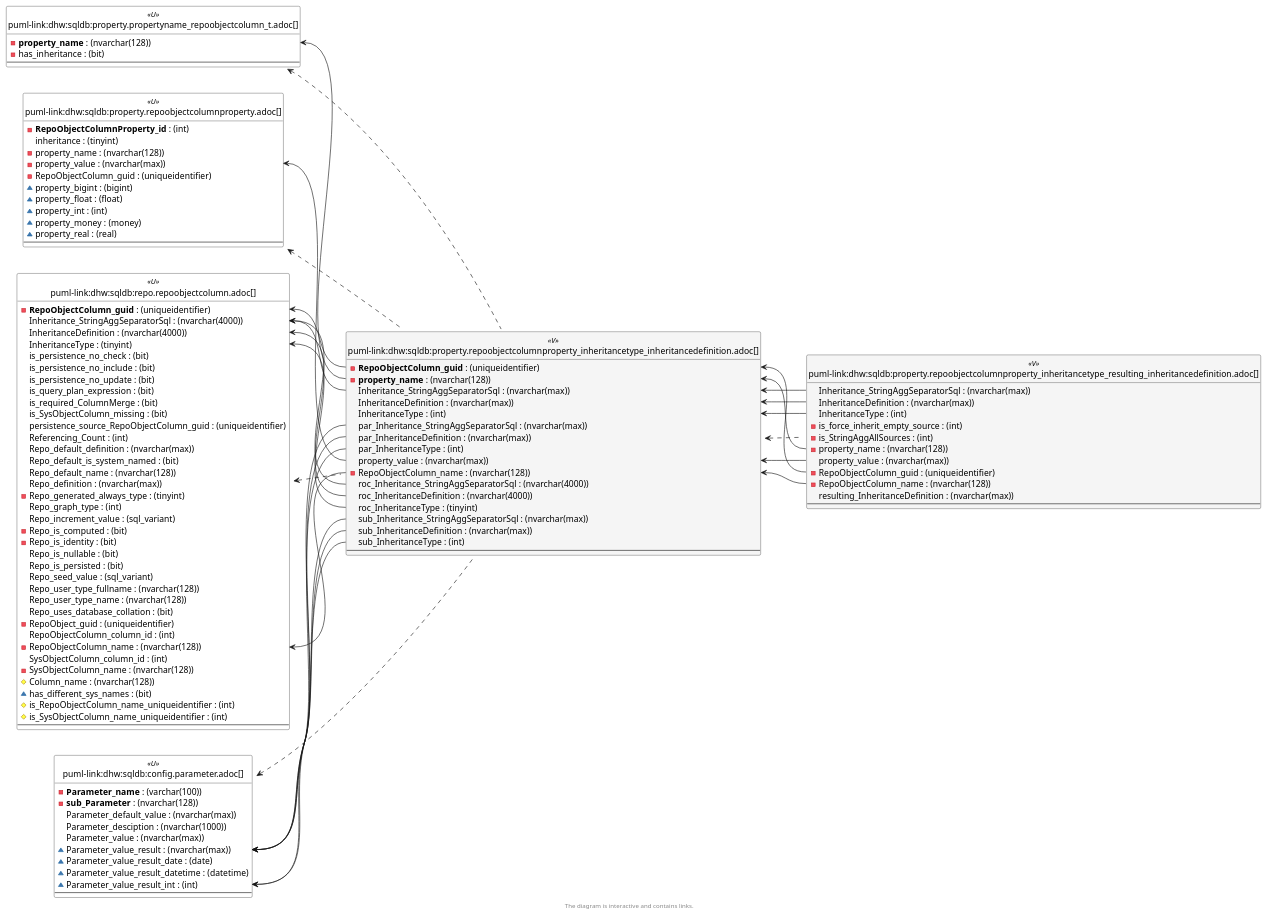
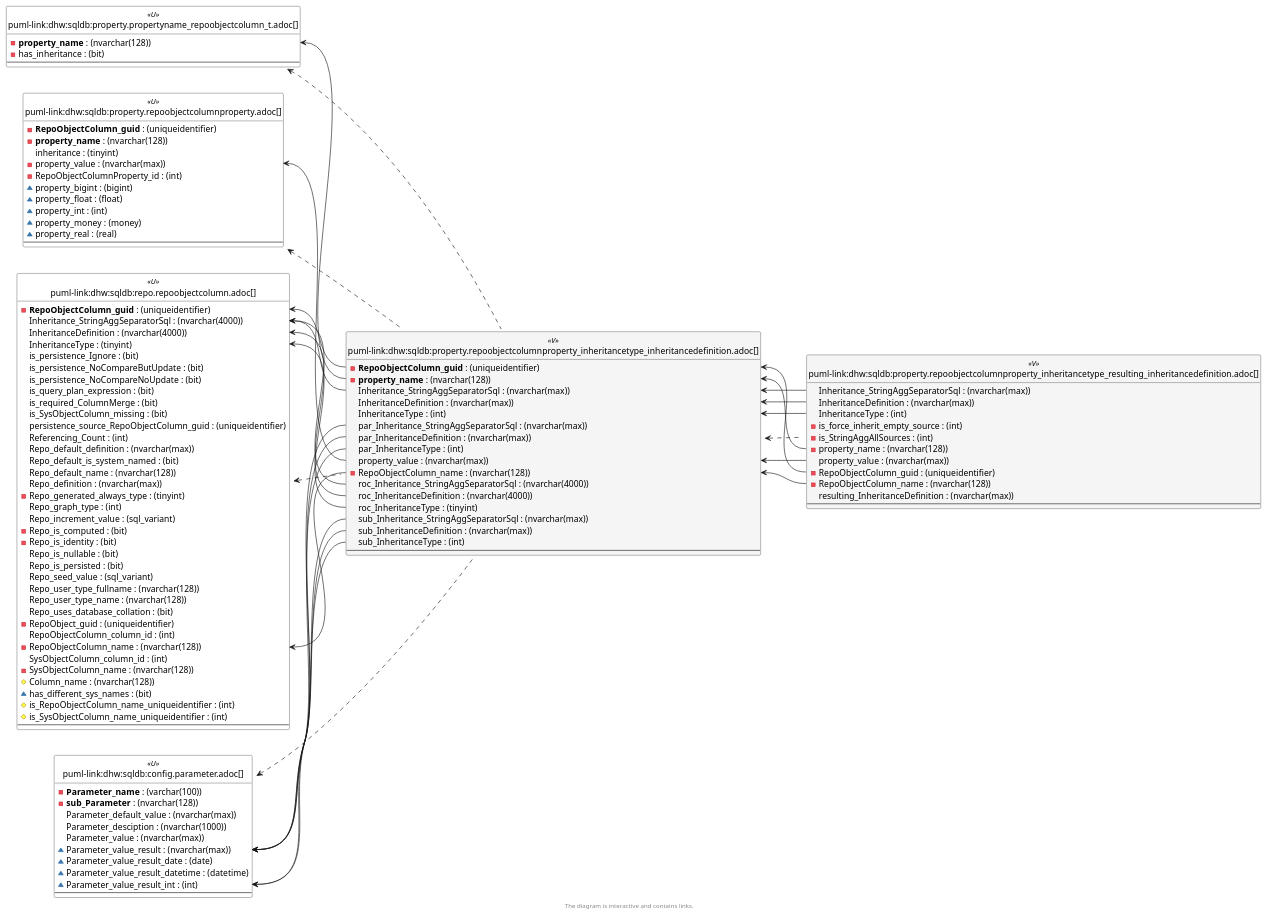
Before and after one commit to DataHandwerk/dhw-antora-sqldb: the sixth of 6 diagrams in docs/modules/sqldb/partials/content/property.repoobjectcolumnproperty_inheritancetype_inheritancedefinition.adoc, drawn with PlantUML. The commit also changed other lines of this file and 751 other files, not shown here.

```diff
--- a/docs/modules/sqldb/partials/content/property.repoobjectcolumnproperty_inheritancetype_inheritancedefinition.adoc
+++ b/docs/modules/sqldb/partials/content/property.repoobjectcolumnproperty_inheritancetype_inheritancedefinition.adoc
@@ -1724,11 +1727,11 @@
 }
 
 entity "puml-link:dhw:sqldb:property.repoobjectcolumnproperty.adoc[]" as property.RepoObjectColumnProperty << U >> {
-  - **RepoObjectColumnProperty_id** : (int)
+  - **RepoObjectColumn_guid** : (uniqueidentifier)
+  - **property_name** : (nvarchar(128))
   inheritance : (tinyint)
-  - property_name : (nvarchar(128))
   - property_value : (nvarchar(max))
-  - RepoObjectColumn_guid : (uniqueidentifier)
+  - RepoObjectColumnProperty_id : (int)
   ~ property_bigint : (bigint)
   ~ property_float : (float)
   ~ property_int : (int)
@@ -1776,9 +1779,9 @@
   Inheritance_StringAggSeparatorSql : (nvarchar(4000))
   InheritanceDefinition : (nvarchar(4000))
   InheritanceType : (tinyint)
-  is_persistence_no_check : (bit)
-  is_persistence_no_include : (bit)
-  is_persistence_no_update : (bit)
+  is_persistence_Ignore : (bit)
+  is_persistence_NoCompareButUpdate : (bit)
+  is_persistence_NoCompareNoUpdate : (bit)
   is_query_plan_expression : (bit)
   is_required_ColumnMerge : (bit)
   is_SysObjectColumn_missing : (bit)
@@ -1816,12 +1819,12 @@
 property.RepoObjectColumnProperty <.. property.RepoObjectColumnProperty_InheritanceType_InheritanceDefinition
 property.RepoObjectColumnProperty_InheritanceType_InheritanceDefinition <.. property.RepoObjectColumnProperty_InheritanceType_resulting_InheritanceDefinition
 repo.RepoObjectColumn <.. property.RepoObjectColumnProperty_InheritanceType_InheritanceDefinition
+"config.Parameter::Parameter_value_result" <-- "property.RepoObjectColumnProperty_InheritanceType_InheritanceDefinition::par_Inheritance_StringAggSeparatorSql"
 "config.Parameter::Parameter_value_result" <-- "property.RepoObjectColumnProperty_InheritanceType_InheritanceDefinition::sub_Inheritance_StringAggSeparatorSql"
-"config.Parameter::Parameter_value_result" <-- "property.RepoObjectColumnProperty_InheritanceType_InheritanceDefinition::par_Inheritance_StringAggSeparatorSql"
 "config.Parameter::Parameter_value_result" <-- "property.RepoObjectColumnProperty_InheritanceType_InheritanceDefinition::sub_InheritanceDefinition"
 "config.Parameter::Parameter_value_result" <-- "property.RepoObjectColumnProperty_InheritanceType_InheritanceDefinition::par_InheritanceDefinition"
+"config.Parameter::Parameter_value_result_int" <-- "property.RepoObjectColumnProperty_InheritanceType_InheritanceDefinition::sub_InheritanceType"
 "config.Parameter::Parameter_value_result_int" <-- "property.RepoObjectColumnProperty_InheritanceType_InheritanceDefinition::par_InheritanceType"
-"config.Parameter::Parameter_value_result_int" <-- "property.RepoObjectColumnProperty_InheritanceType_InheritanceDefinition::sub_InheritanceType"
 "property.PropertyName_RepoObjectColumn_T::property_name" <-- "property.RepoObjectColumnProperty_InheritanceType_InheritanceDefinition::property_name"
 "property.RepoObjectColumnProperty::property_value" <-- "property.RepoObjectColumnProperty_InheritanceType_InheritanceDefinition::property_value"
 "property.RepoObjectColumnProperty_InheritanceType_InheritanceDefinition::Inheritance_StringAggSeparatorSql" <-- "property.RepoObjectColumnProperty_InheritanceType_resulting_InheritanceDefinition::Inheritance_StringAggSeparatorSql"
```
